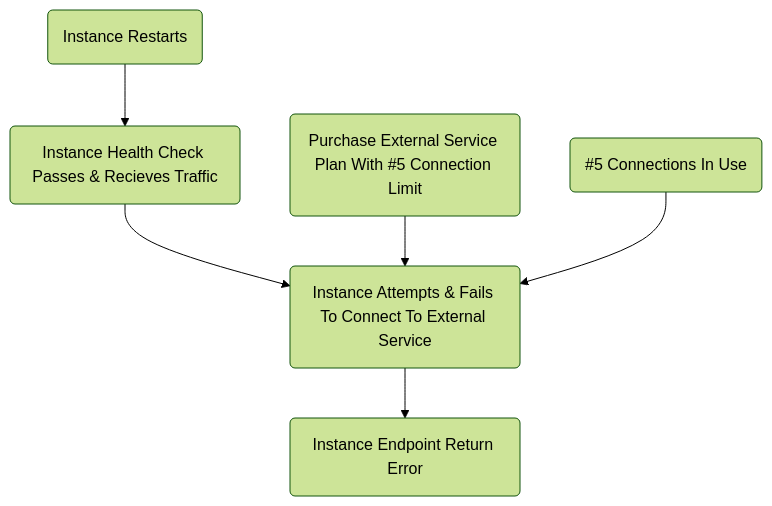
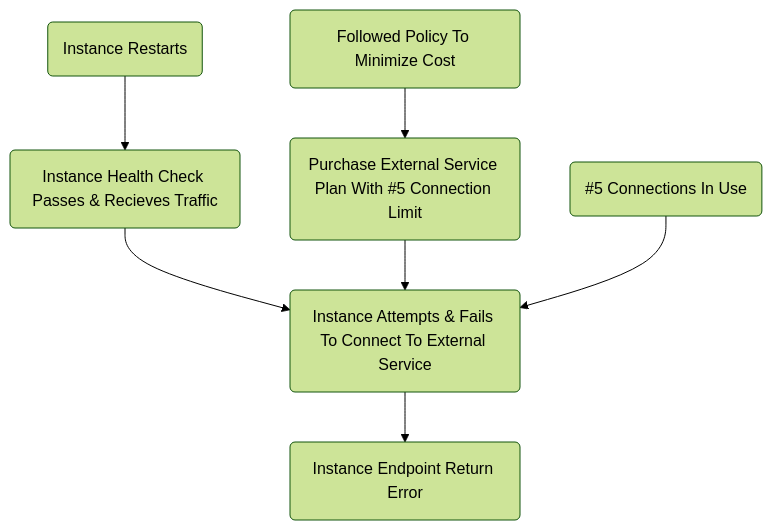
Before and after one commit to Cori1109/Cori1109.github.io: the diagram in content/post/causal-diagrams.md, drawn with Mermaid (forest theme). The commit also changed other lines of this file, not shown here.

````diff
--- a/content/post/causal-diagrams.md
+++ b/content/post/causal-diagrams.md
@@ -18,13 +18,14 @@
 ```mermaid
 graph TD
   A(Instance Restarts)
   B(Instance Health Check Passes & Recieves Traffic)
   C(Instance Attempts & Fails To Connect To External Service)
   D(Instance Endpoint Return Error)
   E(Purchase External Service Plan With #5 Connection Limit)
   F(#5 Connections In Use)
+  G(Followed Policy To Minimize Cost)
   
   A --> B --> C --> D
-  E --> C
+  G --> E --> C
   F --> C
 ```
````
